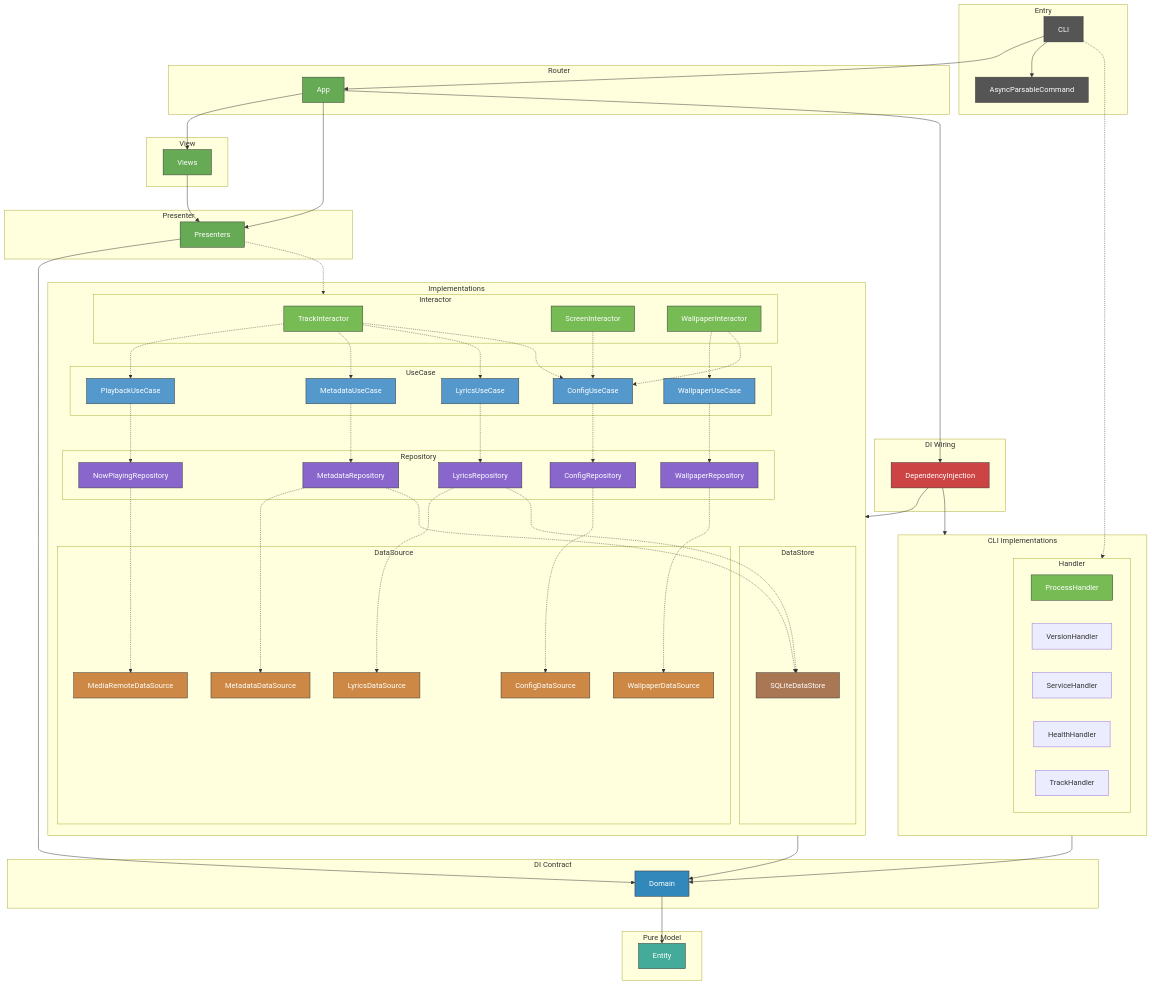
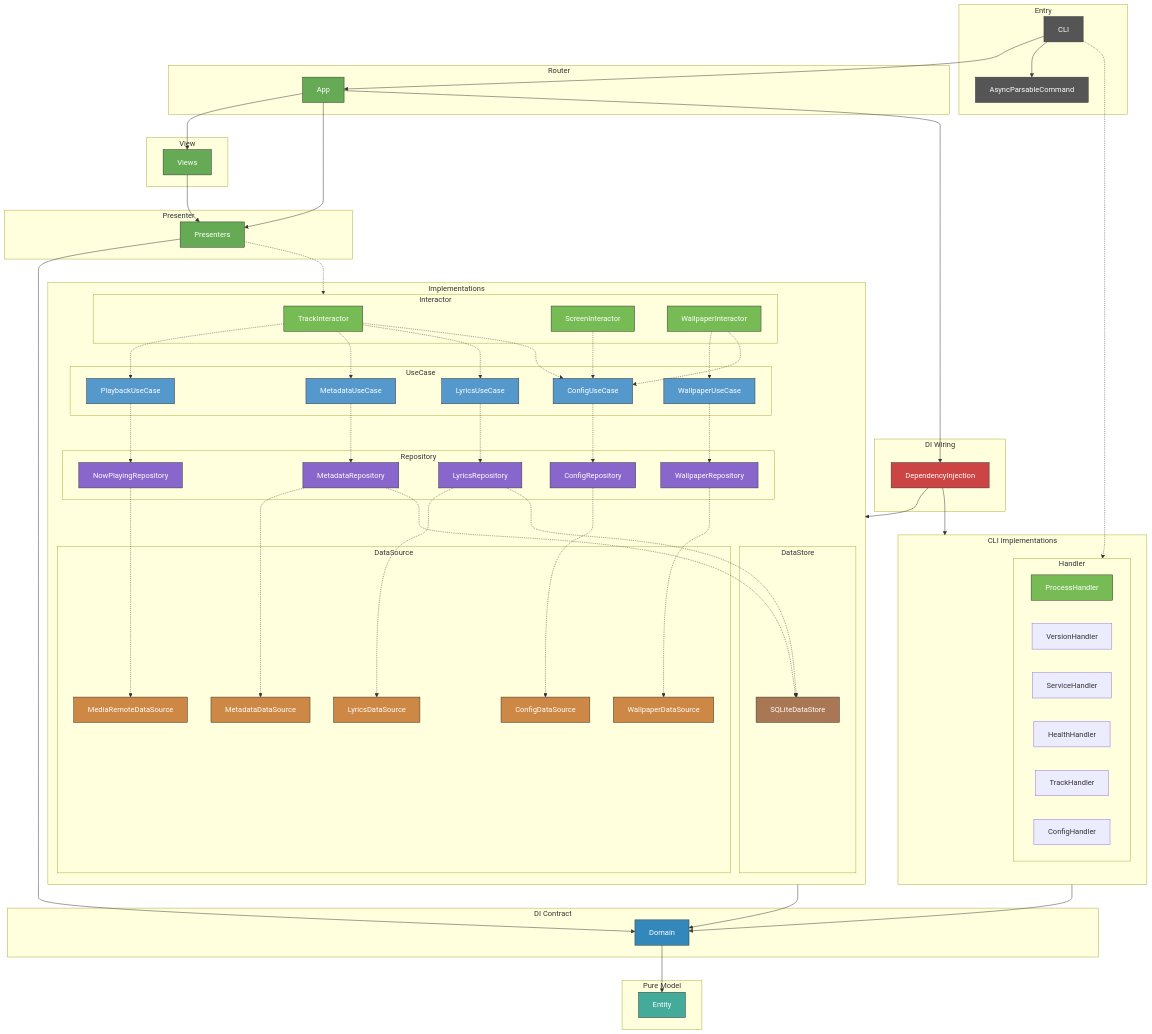
One commit to GeneralD/lyra changed the diagram in .claude/CLAUDE.md. Above: the diagram before and after it, drawn with Mermaid. The commit also changed other lines of this file and 6 other files, not shown here.

Commit message:
refactor: extract ConfigHandler from CLI commands (#163)

```diff
--- a/.claude/CLAUDE.md
+++ b/.claude/CLAUDE.md
@@ -60,6 +60,7 @@
             ServiceHandler[ServiceHandler]
             HealthHandler[HealthHandler]
             TrackHandler[TrackHandler]
+            ConfigHandler[ConfigHandler]
         end
     end
 
```
